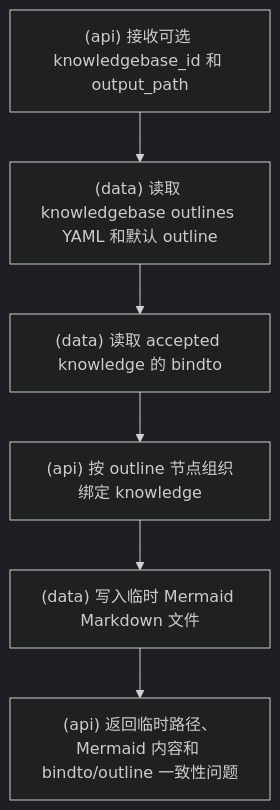
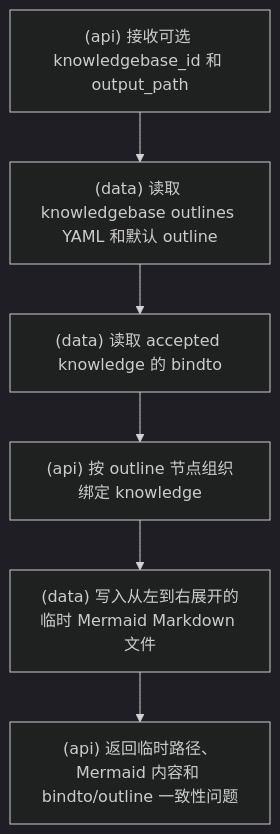
One commit to srangerme/KBManager changed diagram 16 of 21 in docs/流程图.md. Above: the diagram before and after it, drawn with Mermaid (dark theme). The commit also changed 11 other files, not shown here.

````diff
--- a/docs/流程图.md
+++ b/docs/流程图.md
@@ -222,8 +222,8 @@
 ```mermaid
 flowchart TD
   A["(api) 接收可选 knowledgebase_id 和 output_path"] --> B["(data) 读取 knowledgebase outlines YAML 和默认 outline"]
   B --> C["(data) 读取 accepted knowledge 的 bindto"]
   C --> D["(api) 按 outline 节点组织绑定 knowledge"]
-  D --> E["(data) 写入临时 Mermaid Markdown 文件"]
+  D --> E["(data) 写入从左到右展开的临时 Mermaid Markdown 文件"]
   E --> F["(api) 返回临时路径、Mermaid 内容和 bindto/outline 一致性问题"]
 ```
````
